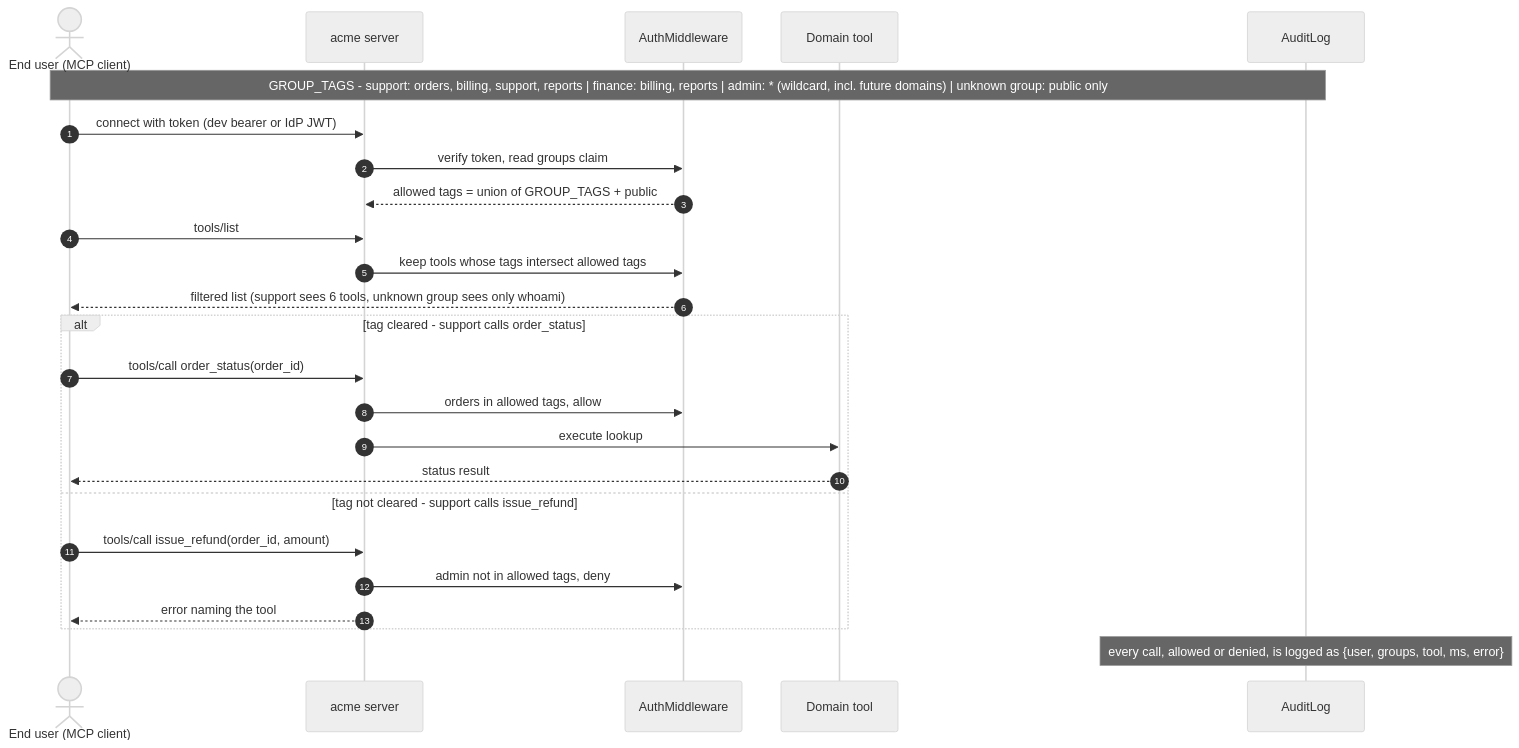
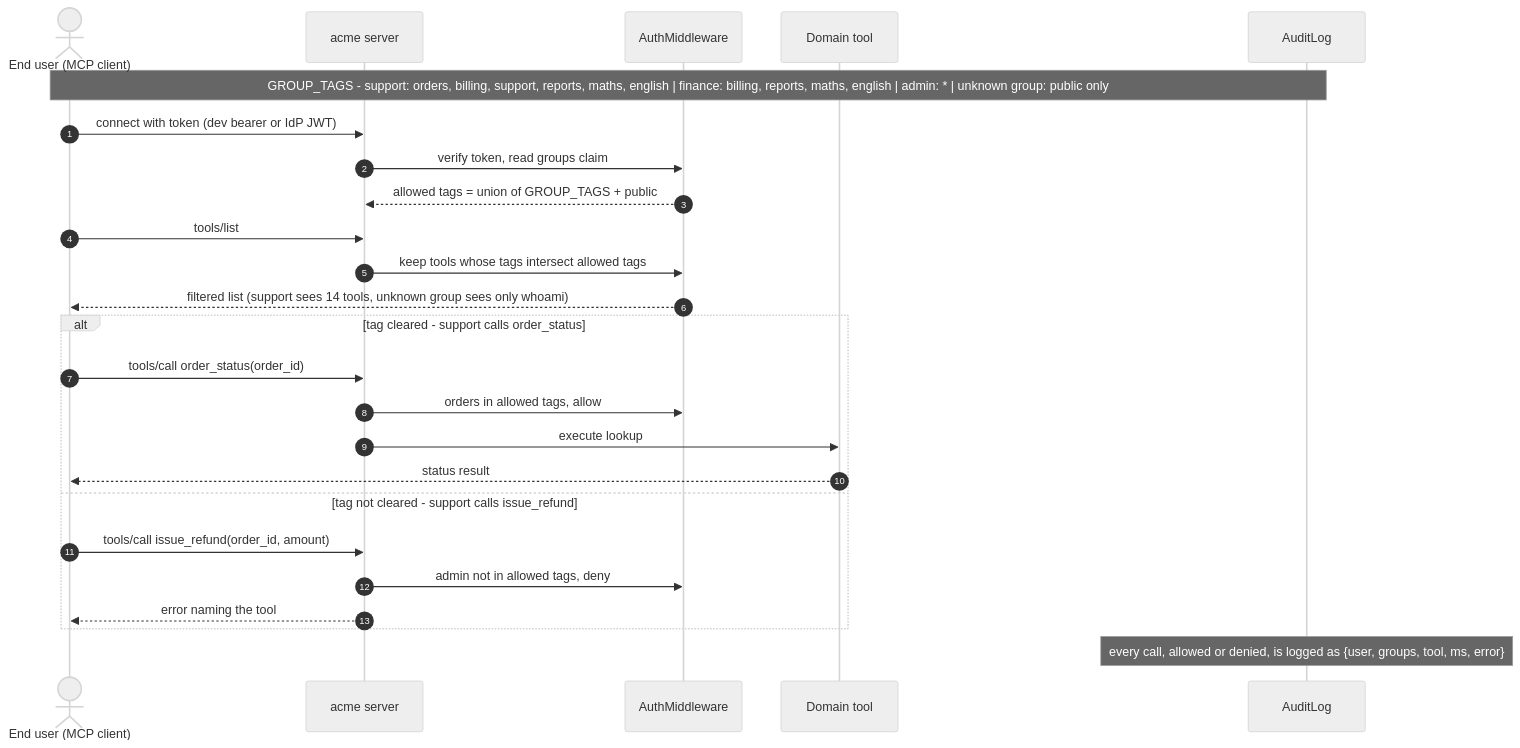
One commit to MattJColes/acme-mcp changed the second of 2 diagrams in README.md. Above: the diagram before and after it, drawn with Mermaid (neutral theme). The commit also changed other lines of this file and 15 other files, not shown here.

````diff
--- a/README.md
+++ b/README.md
@@ -128,32 +134,32 @@
 ```mermaid
 sequenceDiagram
     autonumber
     actor u as End user (MCP client)
     participant s as acme server
     participant a as AuthMiddleware
     participant d as Domain tool
     participant l as AuditLog
 
-    note over u,l: GROUP_TAGS - support: orders, billing, support, reports | finance: billing, reports | admin: * (wildcard, incl. future domains) | unknown group: public only
+    note over u,l: GROUP_TAGS - support: orders, billing, support, reports, maths, english | finance: billing, reports, maths, english | admin: * | unknown group: public only
 
     u->>s: connect with token (dev bearer or IdP JWT)
     s->>a: verify token, read groups claim
     a-->>s: allowed tags = union of GROUP_TAGS + public
 
     u->>s: tools/list
     s->>a: keep tools whose tags intersect allowed tags
-    a-->>u: filtered list (support sees 6 tools, unknown group sees only whoami)
+    a-->>u: filtered list (support sees 14 tools, unknown group sees only whoami)
 
     alt tag cleared - support calls order_status
         u->>s: tools/call order_status(order_id)
         s->>a: orders in allowed tags, allow
         s->>d: execute lookup
         d-->>u: status result
     else tag not cleared - support calls issue_refund
         u->>s: tools/call issue_refund(order_id, amount)
         s->>a: admin not in allowed tags, deny
         s-->>u: error naming the tool
     end
 
     note over l: every call, allowed or denied, is logged as {user, groups, tool, ms, error}
 ```
````
